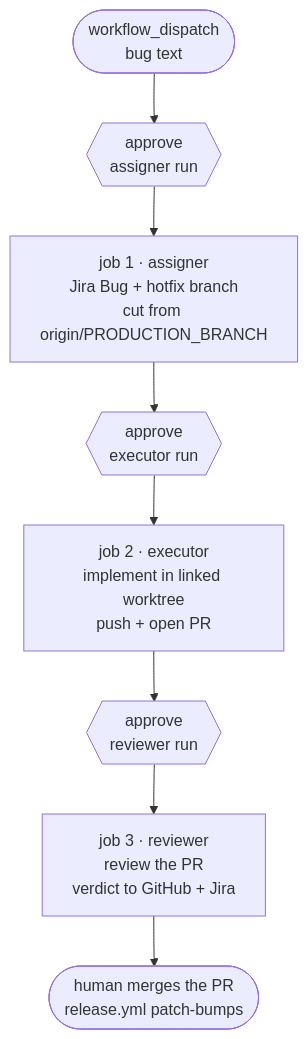
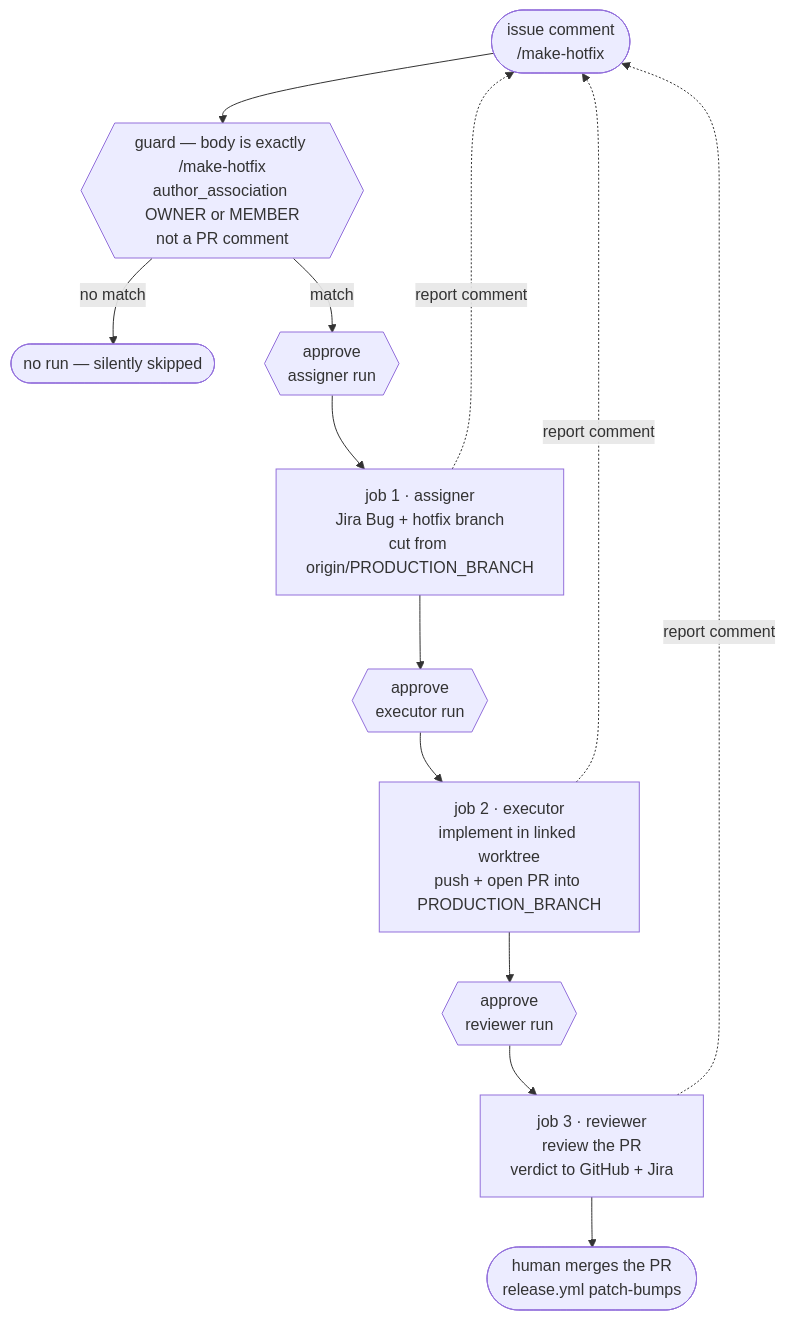
One commit to kantorv/jira-sdlc-tools changed the diagram in plugins/jira-sdlc/docs/applications/ci-hotfix-flow-demo.md. Above: the diagram before and after it, drawn with Mermaid. The commit also changed other lines of this file and 2 other files, not shown here.

First line of the commit message:
JST-204 demo-claude-hotfix-flow: comment trigger, model defaults, transcript GIFs

````diff
--- a/plugins/jira-sdlc/docs/applications/ci-hotfix-flow-demo.md
+++ b/plugins/jira-sdlc/docs/applications/ci-hotfix-flow-demo.md
@@ -41,10 +45,15 @@
 ```mermaid
 flowchart TB
-    D([workflow_dispatch<br>bug text]) --> G1{{"approve<br>assigner run"}}
+    C([issue comment<br>/make-hotfix]) --> GA{{"guard — body is exactly /make-hotfix<br>author_association OWNER or MEMBER<br>not a PR comment"}}
+    GA -->|no match| X([no run — silently skipped])
+    GA -->|match| G1{{"approve<br>assigner run"}}
     G1 --> J1["job 1 · assigner<br>Jira Bug + hotfix branch<br>cut from origin/PRODUCTION_BRANCH"]
     J1 --> G2{{"approve<br>executor run"}}
-    G2 --> J2["job 2 · executor<br>implement in linked worktree<br>push + open PR"]
+    G2 --> J2["job 2 · executor<br>implement in linked worktree<br>push + open PR into PRODUCTION_BRANCH"]
     J2 --> G3{{"approve<br>reviewer run"}}
     G3 --> J3["job 3 · reviewer<br>review the PR<br>verdict to GitHub + Jira"]
     J3 --> H([human merges the PR<br>release.yml patch-bumps])
+    J1 -.->|report comment| C
+    J2 -.->|report comment| C
+    J3 -.->|report comment| C
 ```
````
